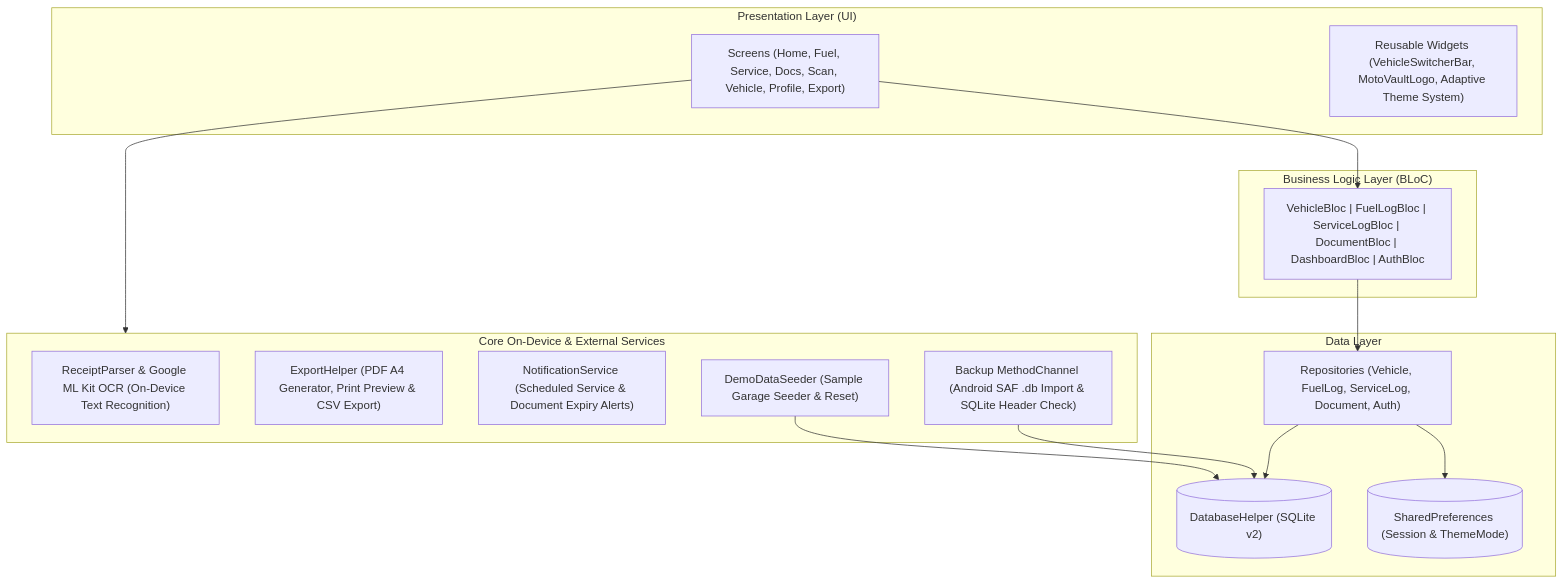
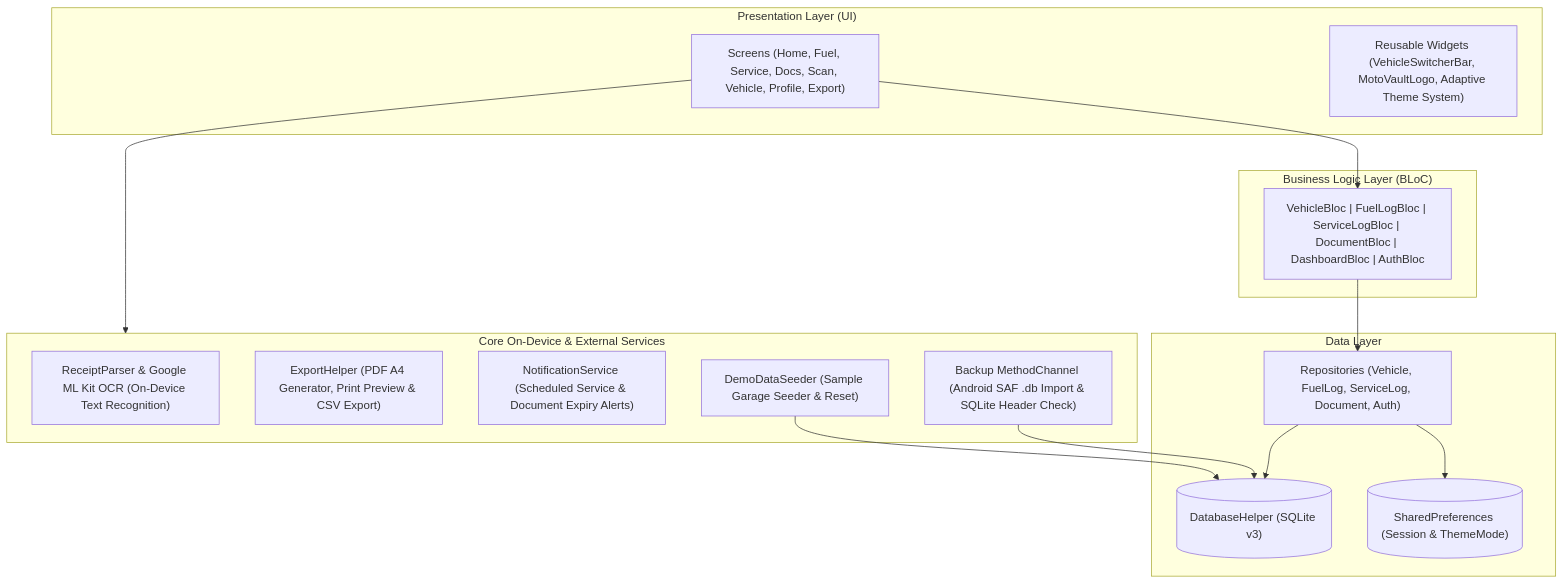
The first of 2 diagrams in README.md (sukr02k/PlatKU), drawn with Mermaid before and after one commit. The commit also changed other lines of this file and 26 other files, not shown here.

````diff
--- a/README.md
+++ b/README.md
@@ -64,33 +69,33 @@
 ```mermaid
 flowchart TD
     subgraph Presentation["Presentation Layer (UI)"]
         Screens["Screens (Home, Fuel, Service, Docs, Scan, Vehicle, Profile, Export)"]
         Widgets["Reusable Widgets (VehicleSwitcherBar, MotoVaultLogo, Adaptive Theme System)"]
     end
 
     subgraph Logic["Business Logic Layer (BLoC)"]
         Blocs["VehicleBloc | FuelLogBloc | ServiceLogBloc | DocumentBloc | DashboardBloc | AuthBloc"]
     end
 
     subgraph CoreServices["Core On-Device & External Services"]
         OCR["ReceiptParser & Google ML Kit OCR (On-Device Text Recognition)"]
         Export["ExportHelper (PDF A4 Generator, Print Preview & CSV Export)"]
         Notif["NotificationService (Scheduled Service & Document Expiry Alerts)"]
         SAF["Backup MethodChannel (Android SAF .db Import & SQLite Header Check)"]
         Demo["DemoDataSeeder (Sample Garage Seeder & Reset)"]
     end
 
     subgraph Data["Data Layer"]
         Repos["Repositories (Vehicle, FuelLog, ServiceLog, Document, Auth)"]
-        DB[("DatabaseHelper (SQLite v2)")]
+        DB[("DatabaseHelper (SQLite v3)")]
         Prefs[("SharedPreferences (Session & ThemeMode)")]
     end
 
     Screens --> Blocs
     Blocs --> Repos
     Screens --> CoreServices
     Repos --> DB
     Repos --> Prefs
     SAF --> DB
     Demo --> DB
 ```
````
